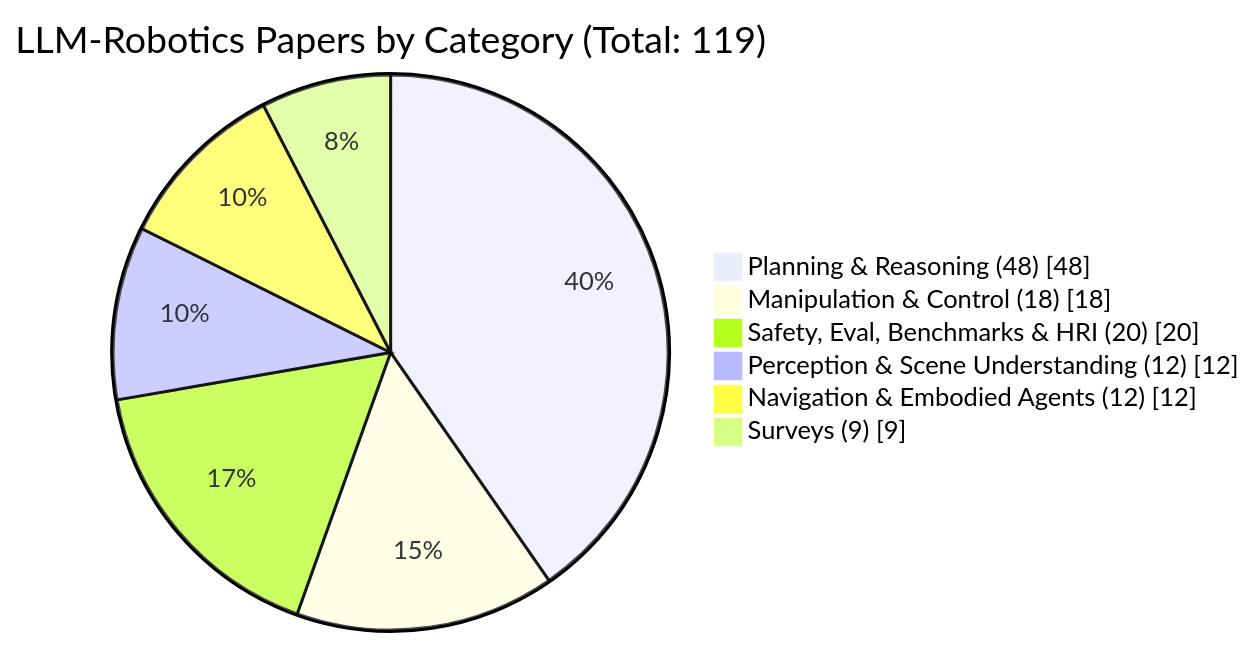
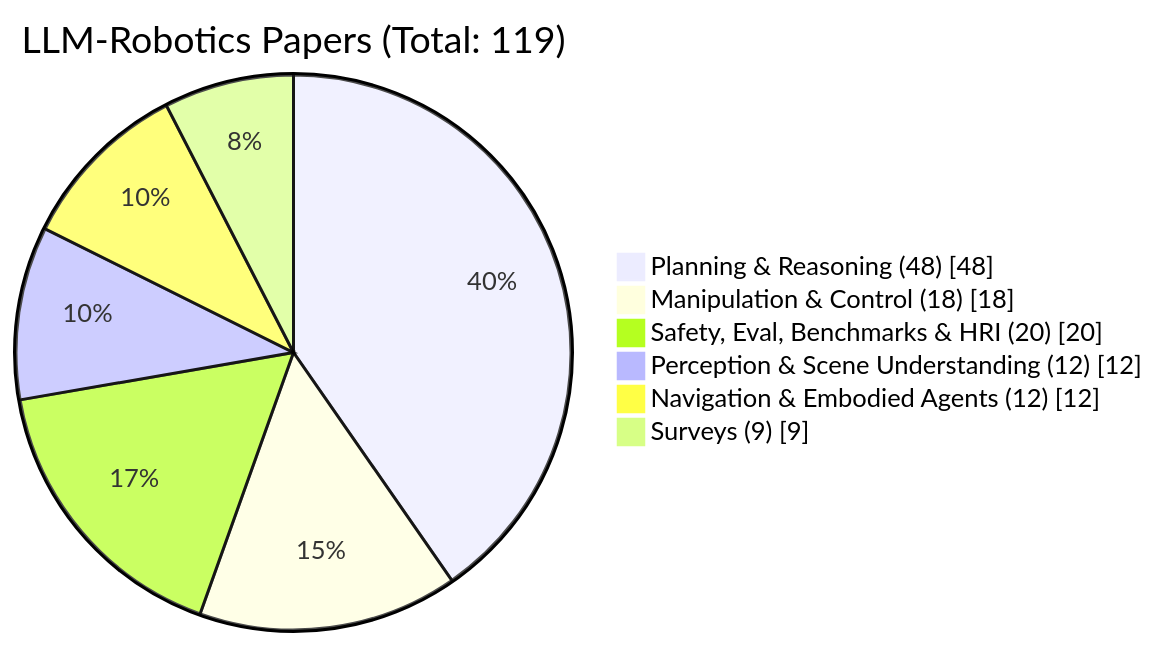
Before and after one commit to TTZ-KT/LLMs-Used-in-Robotics: the diagram in README.md, drawn with Mermaid.

````diff
--- a/README.md
+++ b/README.md
@@ -64,10 +64,10 @@
 ```mermaid
 pie showData
-    title LLM-Robotics Papers by Category (Total: 119)
+    title LLM-Robotics Papers (Total: 119)
     "Planning & Reasoning (48)" : 48
     "Manipulation & Control (18)" : 18
     "Safety, Eval, Benchmarks & HRI (20)" : 20
     "Perception & Scene Understanding (12)" : 12
     "Navigation & Embodied Agents (12)" : 12
     "Surveys (9)" : 9
 ```
````
